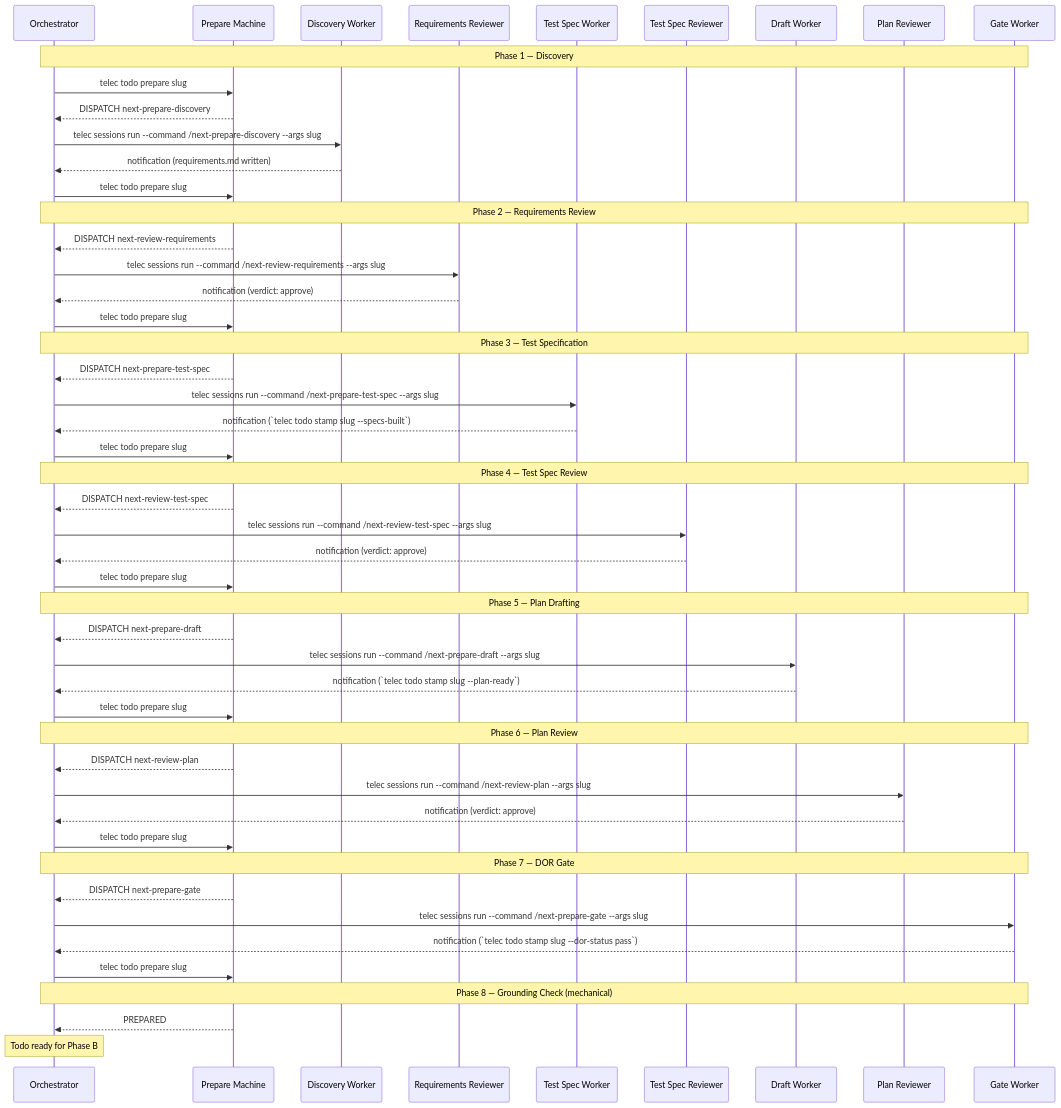
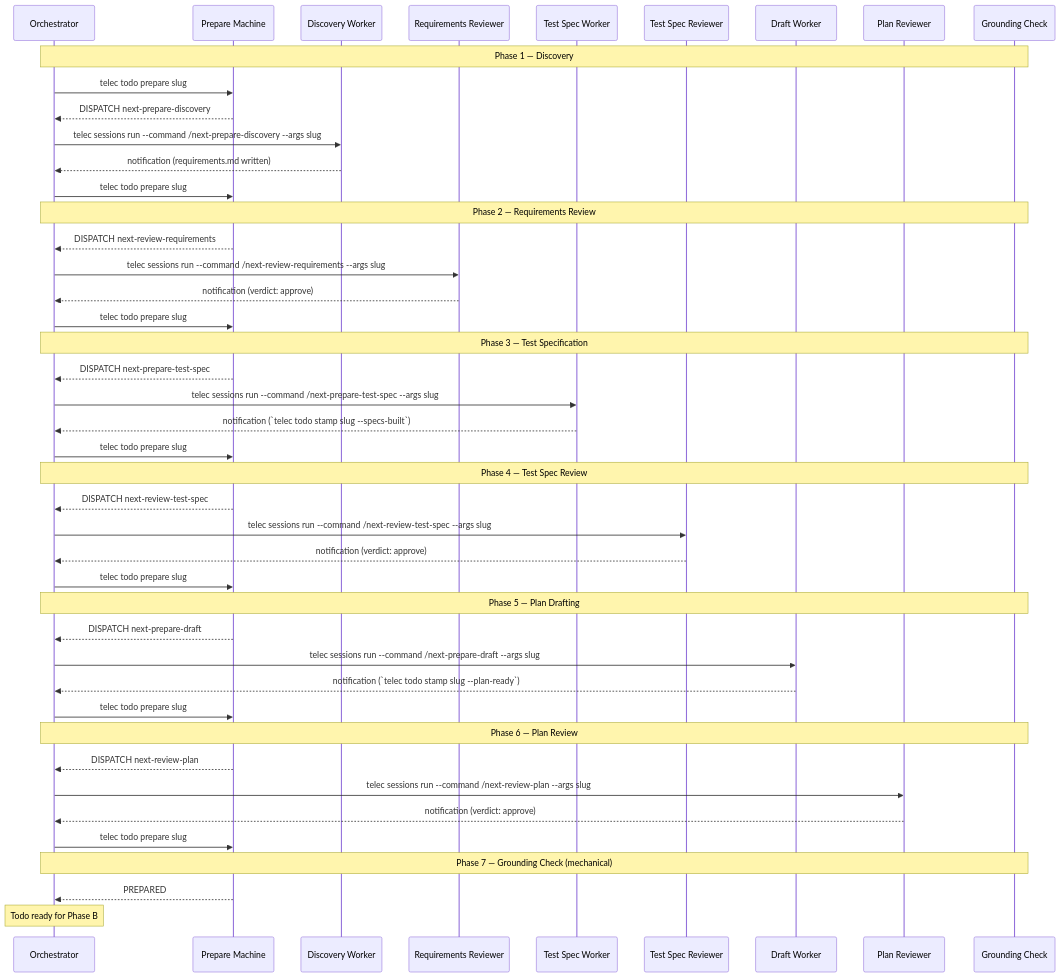
The third of 4 diagrams in docs/project/design/architecture/prepare-state-machine.md (InstruktAI/TeleClaude), drawn with Mermaid before and after one commit. The commit also changed other lines of this file and 34 other files, not shown here.

````diff
--- a/docs/project/design/architecture/prepare-state-machine.md
+++ b/docs/project/design/architecture/prepare-state-machine.md
@@ -224,59 +217,53 @@
 ```mermaid
 sequenceDiagram
     participant O as Orchestrator
     participant SM as Prepare Machine
     participant D as Discovery Worker
     participant RR as Requirements Reviewer
     participant TS as Test Spec Worker
     participant TSR as Test Spec Reviewer
     participant DR as Draft Worker
     participant PR as Plan Reviewer
-    participant G as Gate Worker
+    participant GC as Grounding Check
 
-    Note over O,G: Phase 1 — Discovery
+    Note over O,GC: Phase 1 — Discovery
     O->>SM: telec todo prepare slug
     SM-->>O: DISPATCH next-prepare-discovery
     O->>D: telec sessions run --command /next-prepare-discovery --args slug
     D-->>O: notification (requirements.md written)
     O->>SM: telec todo prepare slug
 
-    Note over O,G: Phase 2 — Requirements Review
+    Note over O,GC: Phase 2 — Requirements Review
     SM-->>O: DISPATCH next-review-requirements
     O->>RR: telec sessions run --command /next-review-requirements --args slug
     RR-->>O: notification (verdict: approve)
     O->>SM: telec todo prepare slug
 
-    Note over O,G: Phase 3 — Test Specification
+    Note over O,GC: Phase 3 — Test Specification
     SM-->>O: DISPATCH next-prepare-test-spec
     O->>TS: telec sessions run --command /next-prepare-test-spec --args slug
     TS-->>O: notification (`telec todo stamp slug --specs-built`)
     O->>SM: telec todo prepare slug
 
-    Note over O,G: Phase 4 — Test Spec Review
+    Note over O,GC: Phase 4 — Test Spec Review
     SM-->>O: DISPATCH next-review-test-spec
     O->>TSR: telec sessions run --command /next-review-test-spec --args slug
     TSR-->>O: notification (verdict: approve)
     O->>SM: telec todo prepare slug
 
-    Note over O,G: Phase 5 — Plan Drafting
+    Note over O,GC: Phase 5 — Plan Drafting
     SM-->>O: DISPATCH next-prepare-draft
     O->>DR: telec sessions run --command /next-prepare-draft --args slug
     DR-->>O: notification (`telec todo stamp slug --plan-ready`)
     O->>SM: telec todo prepare slug
 
-    Note over O,G: Phase 6 — Plan Review
+    Note over O,GC: Phase 6 — Plan Review
     SM-->>O: DISPATCH next-review-plan
     O->>PR: telec sessions run --command /next-review-plan --args slug
     PR-->>O: notification (verdict: approve)
     O->>SM: telec todo prepare slug
 
-    Note over O,G: Phase 7 — DOR Gate
-    SM-->>O: DISPATCH next-prepare-gate
-    O->>G: telec sessions run --command /next-prepare-gate --args slug
-    G-->>O: notification (`telec todo stamp slug --dor-status pass`)
-    O->>SM: telec todo prepare slug
-
-    Note over O,G: Phase 8 — Grounding Check (mechanical)
+    Note over O,GC: Phase 7 — Grounding Check (mechanical)
     SM-->>O: PREPARED
     Note over O: Todo ready for Phase B
 ```
````
